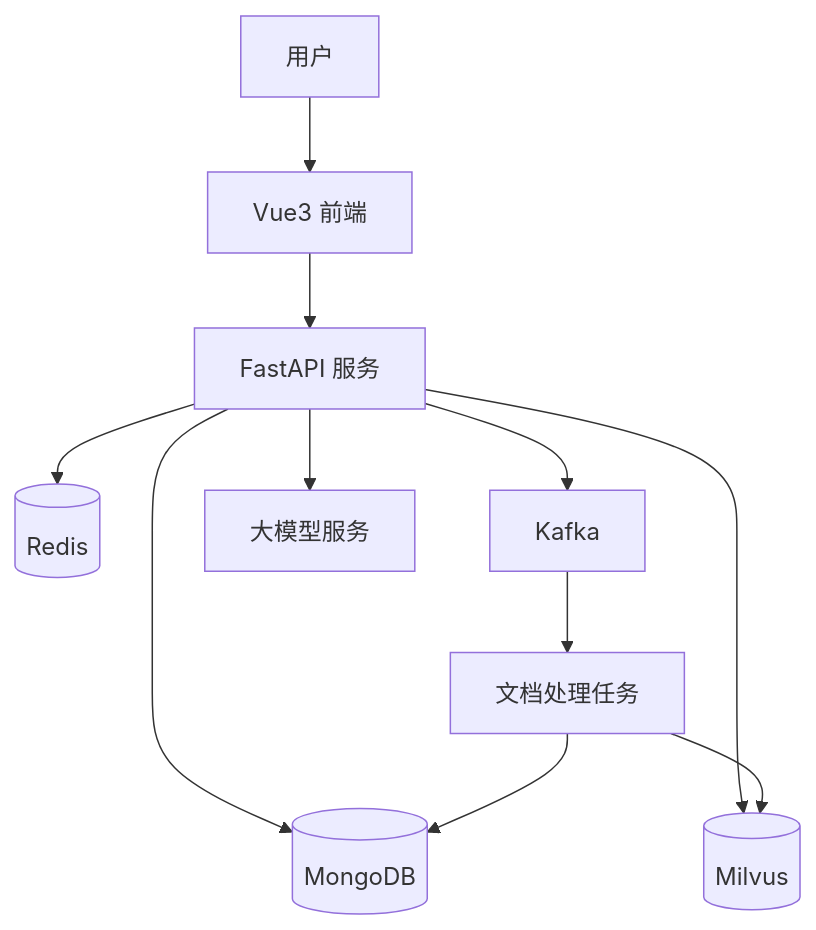
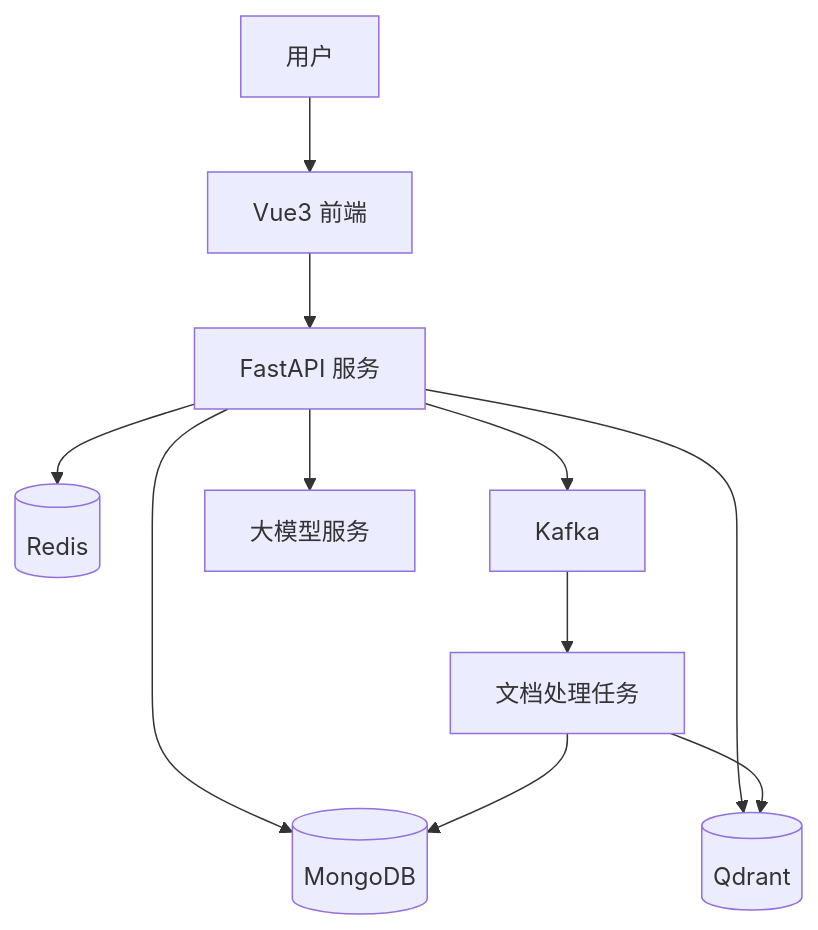
One commit to gogogo-a/rag-platform changed the first of 3 diagrams in README.md. Above: the diagram before and after it, drawn with Mermaid. The commit also changed other lines of this file and 56 other files, not shown here.

Commit message:
Remove Milvus and switch vectors to Qdrant

````diff
--- a/README.md
+++ b/README.md
@@ -22,13 +22,13 @@
 ```mermaid
 flowchart TD
     U[用户] --> FE[Vue3 前端]
     FE --> API[FastAPI 服务]
     API --> Mongo[(MongoDB)]
     API --> Redis[(Redis)]
-    API --> Milvus[(Milvus)]
+    API --> Qdrant[(Qdrant)]
     API --> Kafka[Kafka]
     Kafka --> Worker[文档处理任务]
     Worker --> Mongo
-    Worker --> Milvus
+    Worker --> Qdrant
     API --> LLM[大模型服务]
 ```
````
